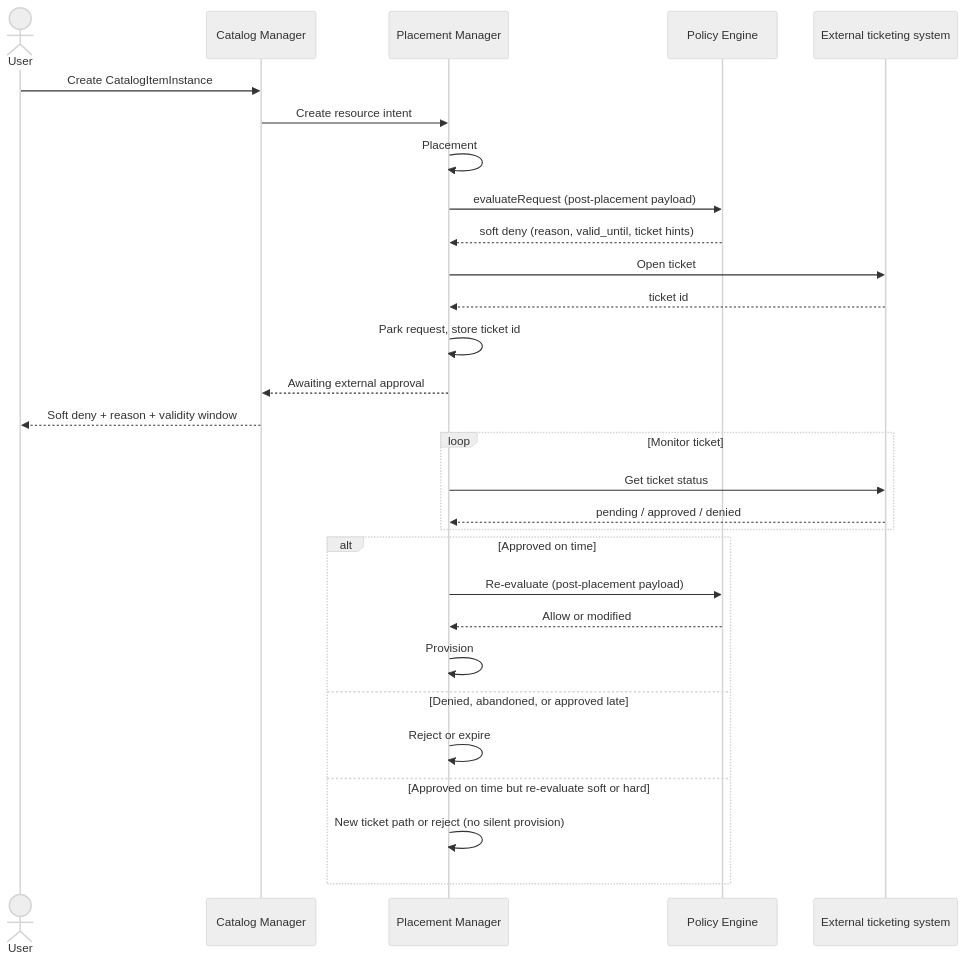
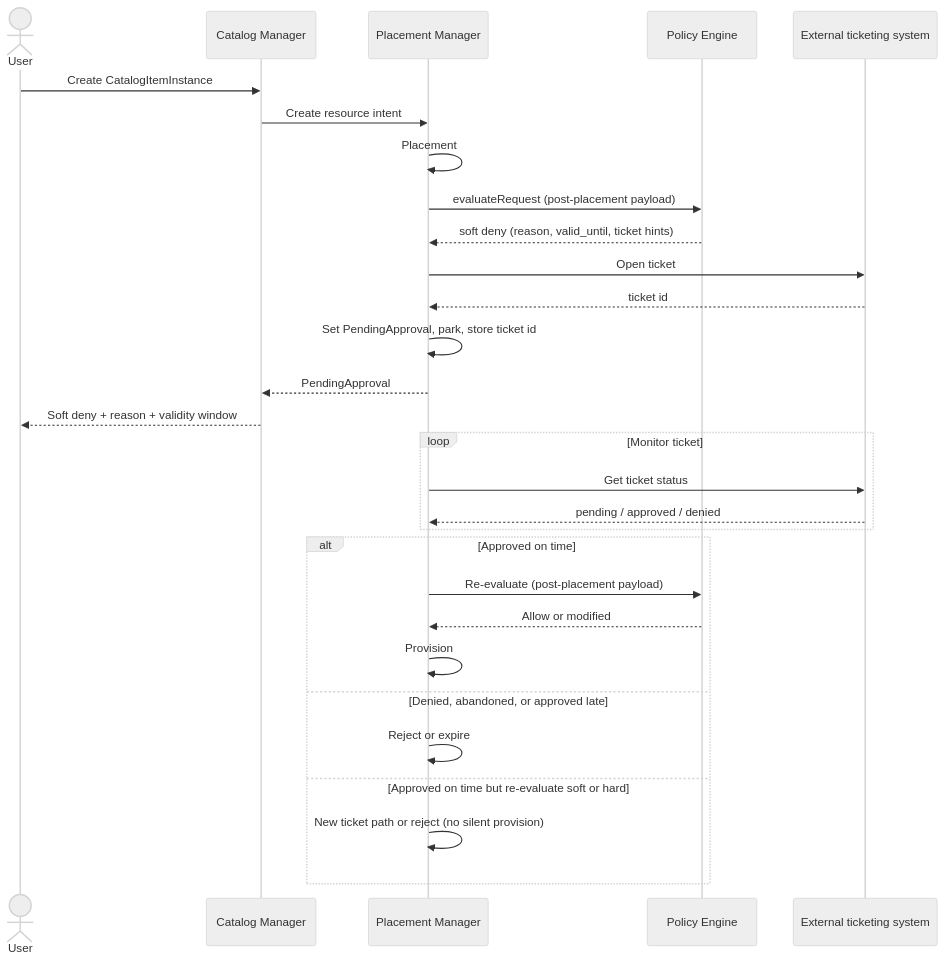
The third of 3 diagrams in enhancements/request-approval/request-approval.md (dcm-project/enhancements), drawn with Mermaid (neutral theme) before and after one commit. The commit also changed other lines of this file and 1 other file, not shown here.

Commit message:
Name the wait status PendingApproval; PM sets it.

````diff
--- a/enhancements/request-approval/request-approval.md
+++ b/enhancements/request-approval/request-approval.md
@@ -454,32 +461,32 @@
 ```mermaid
 sequenceDiagram
     actor User
     participant CM as Catalog Manager
     participant PM as Placement Manager
     participant PE as Policy Engine
     participant TicketSys as External ticketing system
 
     User->>CM: Create CatalogItemInstance
     CM->>PM: Create resource intent
     PM->>PM: Placement
     PM->>PE: evaluateRequest (post-placement payload)
     PE-->>PM: soft deny (reason, valid_until, ticket hints)
     PM->>TicketSys: Open ticket
     TicketSys-->>PM: ticket id
-    PM->>PM: Park request, store ticket id
-    PM-->>CM: Awaiting external approval
+    PM->>PM: Set PendingApproval, park, store ticket id
+    PM-->>CM: PendingApproval
     CM-->>User: Soft deny + reason + validity window
     loop Monitor ticket
         PM->>TicketSys: Get ticket status
         TicketSys-->>PM: pending / approved / denied
     end
     alt Approved on time
         PM->>PE: Re-evaluate (post-placement payload)
         PE-->>PM: Allow or modified
         PM->>PM: Provision
     else Denied, abandoned, or approved late
         PM->>PM: Reject or expire
     else Approved on time but re-evaluate soft or hard
         PM->>PM: New ticket path or reject (no silent provision)
     end
 ```
````
